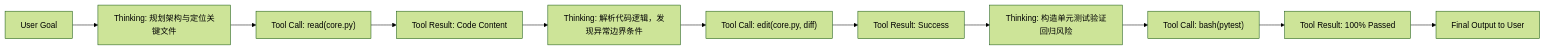
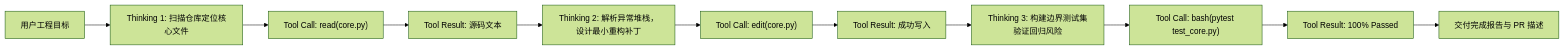
The third of 3 diagrams in src/content/posts/2026-08-claude-3-7-sonnet-hybrid-reasoning-architecture.md (le-temps/le-temps.github.io), drawn with Mermaid (forest theme) before and after one commit. The commit also changed other lines of this file, not shown here.

Commit message:
feat(blog): update Claude 3.7 Sonnet technical report with official hybrid reasoning and Claude Code CLI agent runtime analysis

````diff
--- a/src/content/posts/2026-08-claude-3-7-sonnet-hybrid-reasoning-architecture.md
+++ b/src/content/posts/2026-08-claude-3-7-sonnet-hybrid-reasoning-architecture.md
@@ -83,13 +80,13 @@
 ```mermaid
 graph LR
-    P["User Goal"] --> T1["Thinking: 规划架构与定位关键文件"]
+    Goal["用户工程目标"] --> T1["Thinking 1: 扫描仓库定位核心文件"]
     T1 --> C1["Tool Call: read(core.py)"]
-    C1 --> R1["Tool Result: Code Content"]
-    R1 --> T2["Thinking: 解析代码逻辑，发现异常边界条件"]
-    T2 --> C2["Tool Call: edit(core.py, diff)"]
-    C2 --> R2["Tool Result: Success"]
-    R2 --> T3["Thinking: 构造单元测试验证回归风险"]
-    T3 --> C3["Tool Call: bash(pytest)"]
+    C1 --> R1["Tool Result: 源码文本"]
+    R1 --> T2["Thinking 2: 解析异常堆栈，设计最小重构补丁"]
+    T2 --> C2["Tool Call: edit(core.py)"]
+    C2 --> R2["Tool Result: 成功写入"]
+    R2 --> T3["Thinking 3: 构建边界测试集验证回归风险"]
+    T3 --> C3["Tool Call: bash(pytest test_core.py)"]
     C3 --> R3["Tool Result: 100% Passed"]
-    R3 --> Final["Final Output to User"]
+    R3 --> Final["交付完成报告与 PR 描述"]
 ```
````
